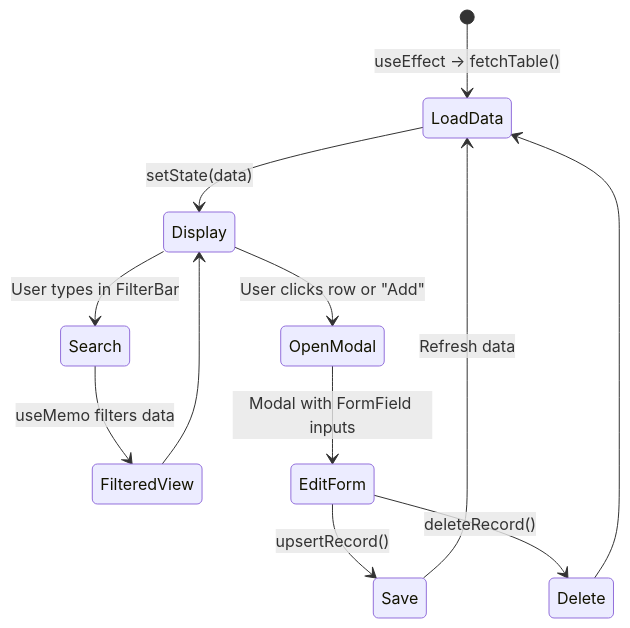
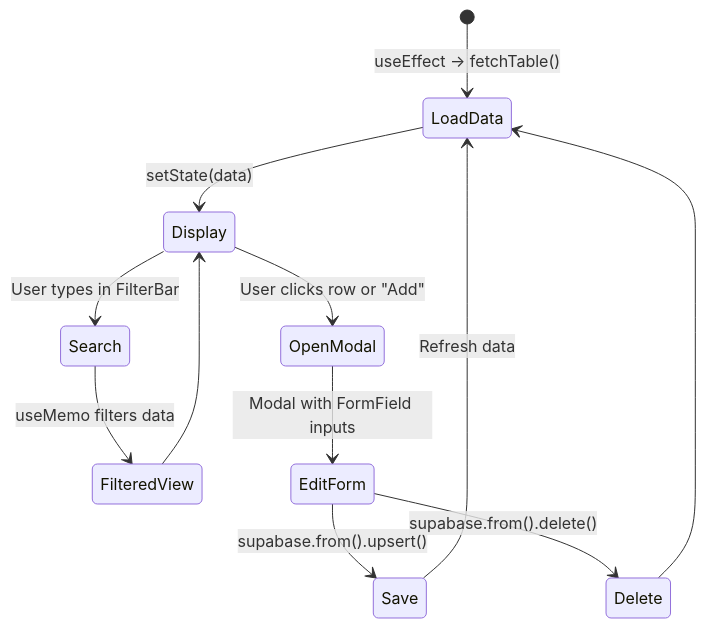
One commit to AIXMOS537/TMMT changed the third of 5 diagrams in docs/ARCHITECTURE.md. Above: the diagram before and after it, drawn with Mermaid. The commit also changed other lines of this file and 2 other files, not shown here.

First line of the commit message:
docs: sync ARCHITECTURE, STATUS, README with current codebase state

````diff
--- a/docs/ARCHITECTURE.md
+++ b/docs/ARCHITECTURE.md
@@ -147,14 +147,14 @@
 ```mermaid
 stateDiagram-v2
     [*] --> LoadData: useEffect → fetchTable()
     LoadData --> Display: setState(data)
     Display --> Search: User types in FilterBar
     Search --> FilteredView: useMemo filters data
     FilteredView --> Display
     Display --> OpenModal: User clicks row or "Add"
     OpenModal --> EditForm: Modal with FormField inputs
-    EditForm --> Save: upsertRecord()
+    EditForm --> Save: supabase.from().upsert()
     Save --> LoadData: Refresh data
-    EditForm --> Delete: deleteRecord()
+    EditForm --> Delete: supabase.from().delete()
     Delete --> LoadData
 ```
````
